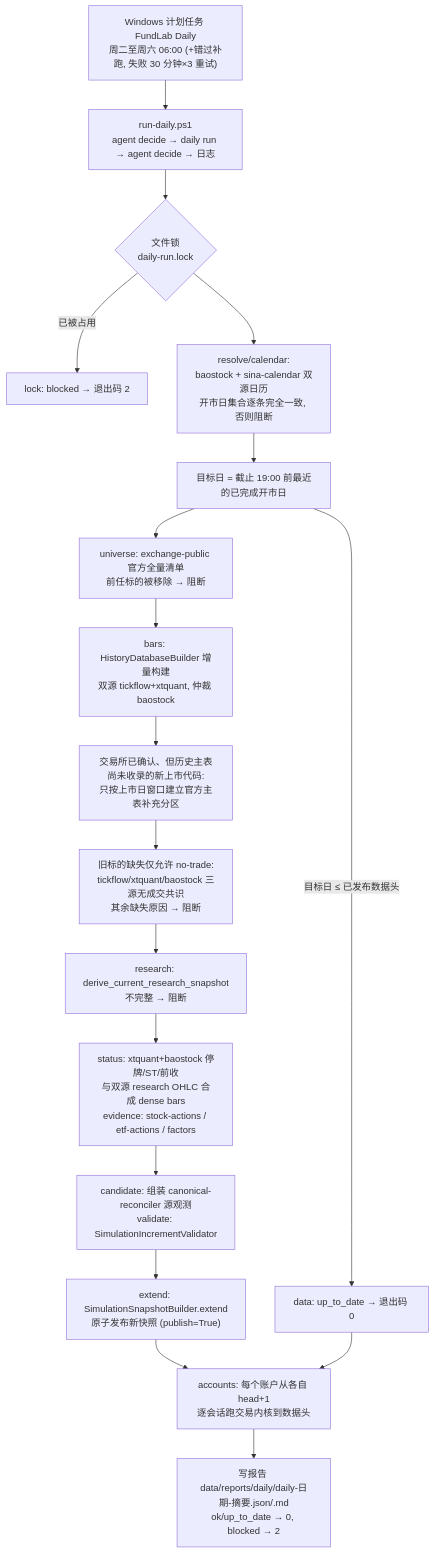
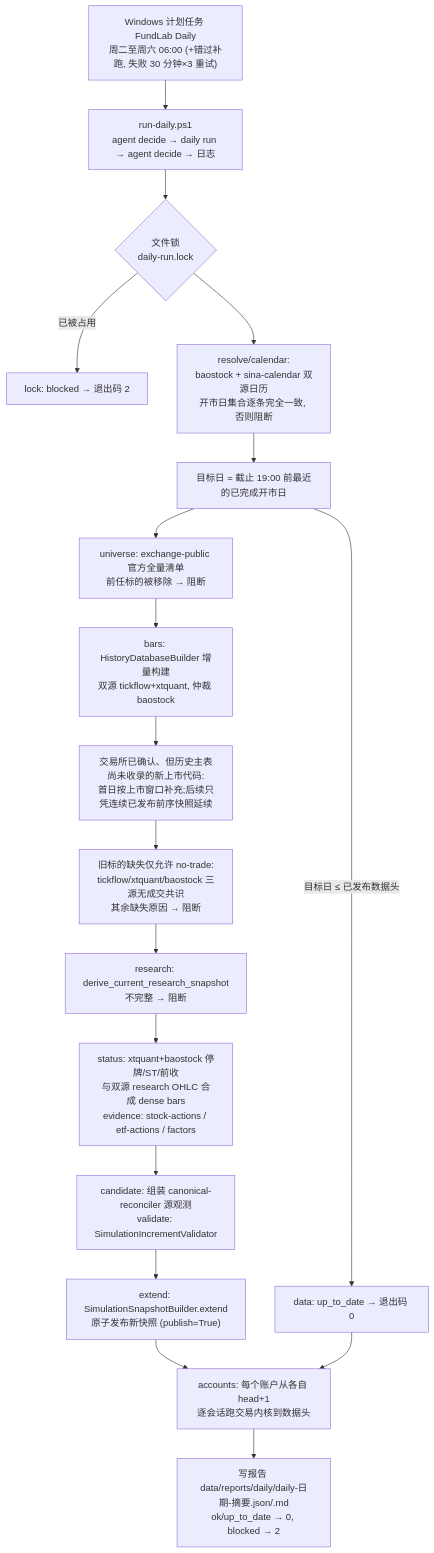
The diagram in docs/architecture/03-pipeline-ops.md (zhan7653/miniQMT), drawn with Mermaid before and after one commit. The commit also changed other lines of this file and 6 other files, not shown here.

````diff
--- a/docs/architecture/03-pipeline-ops.md
+++ b/docs/architecture/03-pipeline-ops.md
@@ -34,20 +34,20 @@
 ```mermaid
 flowchart TD
     T["Windows 计划任务 FundLab Daily<br/>周二至周六 06:00 (+错过补跑, 失败 30 分钟×3 重试)"] --> R["run-daily.ps1<br/>agent decide → daily run → agent decide → 日志"]
     R --> L{"文件锁<br/>daily-run.lock"}
     L -- 已被占用 --> B0["lock: blocked → 退出码 2"]
     L --> CAL["resolve/calendar:<br/>baostock + sina-calendar 双源日历<br/>开市日集合逐条完全一致, 否则阻断"]
     CAL --> TGT["目标日 = 截止 19:00 前最近的已完成开市日"]
     TGT -- "目标日 ≤ 已发布数据头" --> UTD["data: up_to_date → 退出码 0"]
     TGT --> U["universe: exchange-public 官方全量清单<br/>前任标的被移除 → 阻断"]
     U --> H["bars: HistoryDatabaseBuilder 增量构建<br/>双源 tickflow+xtquant, 仲裁 baostock"]
-    H --> NEW["交易所已确认、但历史主表尚未收录的新上市代码:<br/>只按上市日窗口建立官方主表补充分区"]
+    H --> NEW["交易所已确认、但历史主表尚未收录的新上市代码:<br/>首日按上市窗口补充;后续只凭连续已发布前序快照延续"]
     NEW --> NT["旧标的缺失仅允许 no-trade:<br/>tickflow/xtquant/baostock 三源无成交共识<br/>其余缺失原因 → 阻断"]
     NT --> RS["research: derive_current_research_snapshot<br/>不完整 → 阻断"]
     RS --> SE["status: xtquant+baostock 停牌/ST/前收<br/>与双源 research OHLC 合成 dense bars<br/>evidence: stock-actions / etf-actions / factors"]
     SE --> CV["candidate: 组装 canonical-reconciler 源观测<br/>validate: SimulationIncrementValidator"]
     CV --> EX["extend: SimulationSnapshotBuilder.extend<br/>原子发布新快照 (publish=True)"]
     EX --> AC["accounts: 每个账户从各自 head+1<br/>逐会话跑交易内核到数据头"]
     UTD --> AC
     AC --> RP["写报告 data/reports/daily/daily-日期-摘要.json/.md<br/>ok/up_to_date → 0, blocked → 2"]
 ```
````
